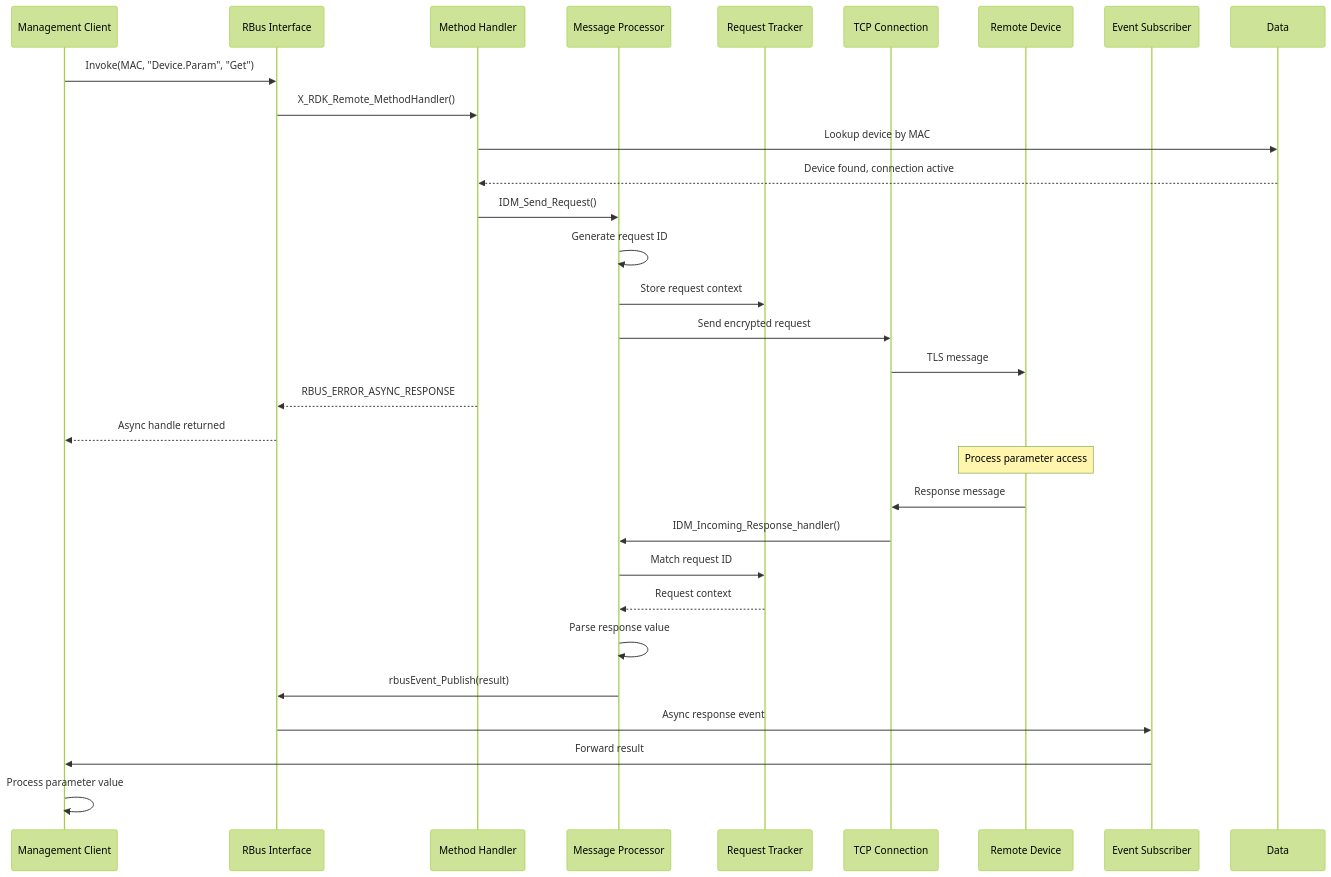
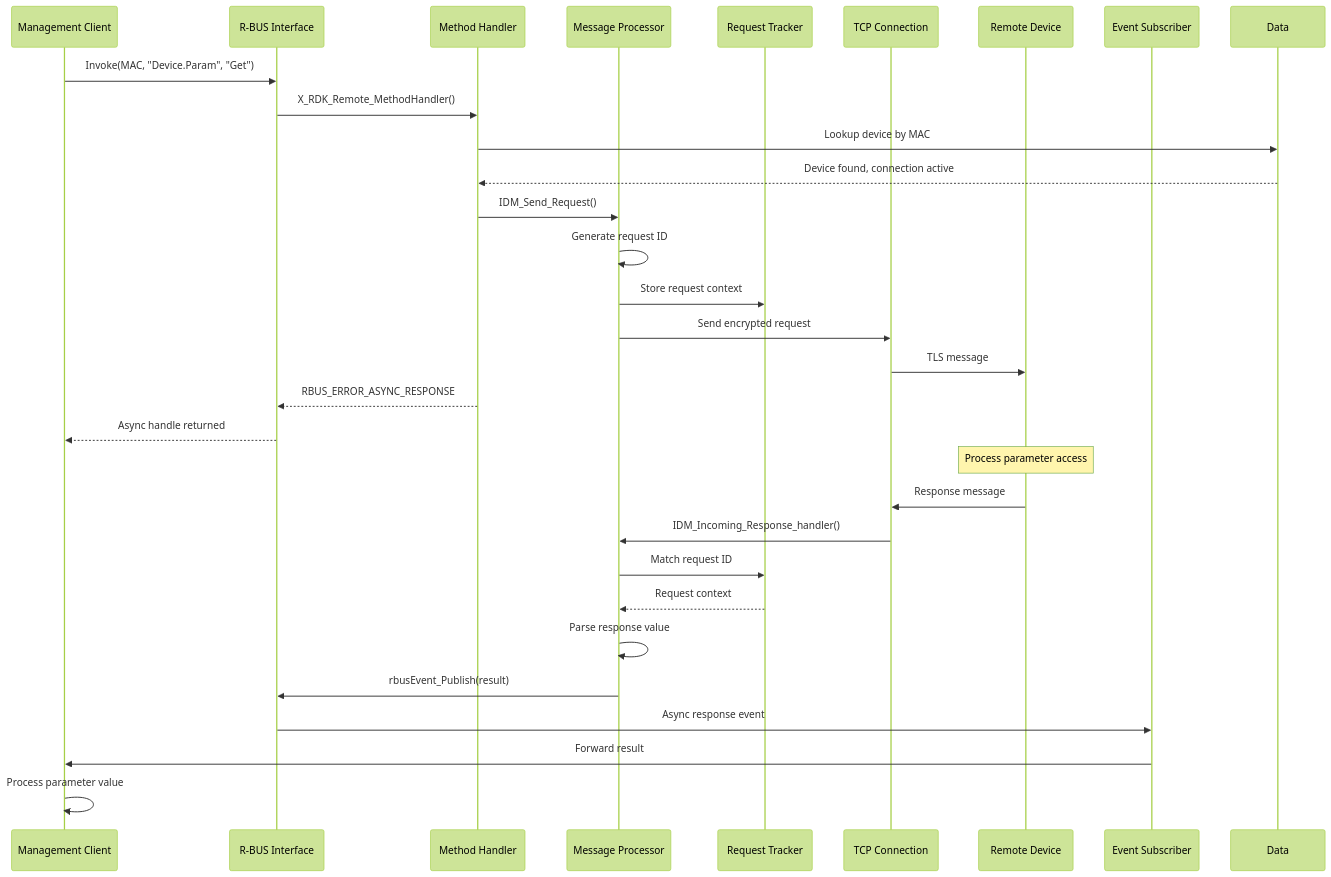
One commit to rdkcentral/RdkInterDeviceManager changed the eighth of 9 diagrams in docs/README.md. Above: the diagram before and after it, drawn with Mermaid (forest theme). The commit also changed other lines of this file, not shown here.

````diff
--- a/docs/README.md
+++ b/docs/README.md
@@ -557,35 +554,35 @@
 ```mermaid
 sequenceDiagram
     participant Client as Management Client
-    participant RBus as RBus Interface
+    participant RBus as R-BUS Interface
     participant Method as Method Handler
     participant Msg as Message Processor
     participant ReqList as Request Tracker
     participant TCP as TCP Connection
     participant Remote as Remote Device
     participant Event as Event Subscriber
 
     Client->>RBus: Invoke(MAC, "Device.Param", "Get")
     RBus->>Method: X_RDK_Remote_MethodHandler()
     Method->>Data: Lookup device by MAC
     Data-->>Method: Device found, connection active
     Method->>Msg: IDM_Send_Request()
     Msg->>Msg: Generate request ID
     Msg->>ReqList: Store request context
     Msg->>TCP: Send encrypted request
     TCP->>Remote: TLS message
     Method-->>RBus: RBUS_ERROR_ASYNC_RESPONSE
     RBus-->>Client: Async handle returned
-    
+
     Note over Remote: Process parameter access
-    
+
     Remote->>TCP: Response message
     TCP->>Msg: IDM_Incoming_Response_handler()
     Msg->>ReqList: Match request ID
     ReqList-->>Msg: Request context
     Msg->>Msg: Parse response value
     Msg->>RBus: rbusEvent_Publish(result)
     RBus->>Event: Async response event
     Event->>Client: Forward result
     Client->>Client: Process parameter value
 ```
````
